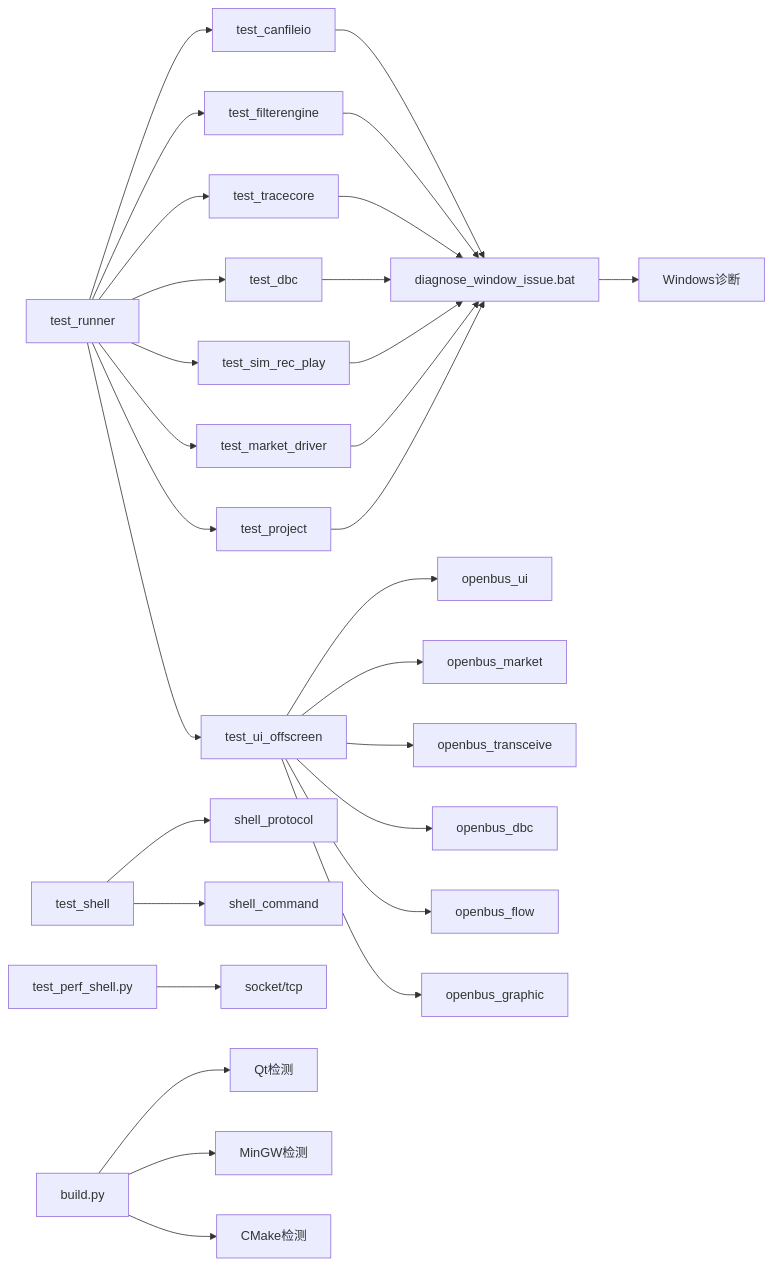
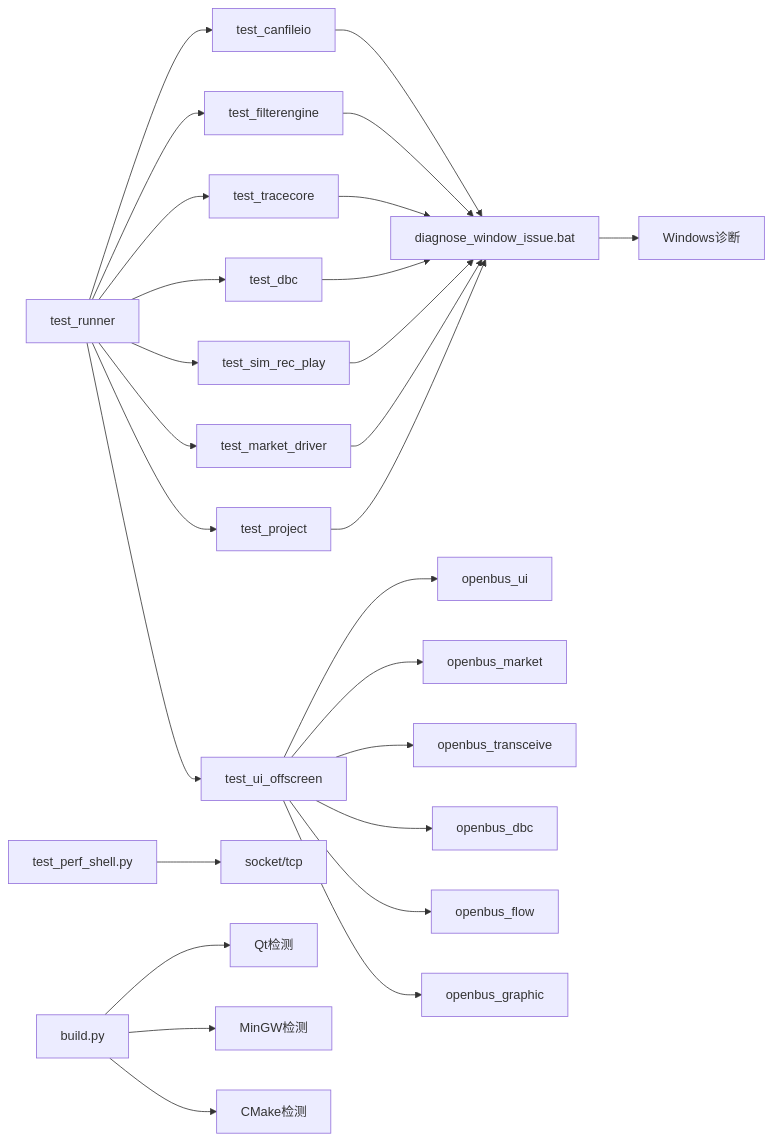
The tenth of 10 diagrams in .qoder/repowiki/zh/content/开发指南/自动化测试框架.md (jakecai1225-design/OpenBus), drawn with Mermaid before and after one commit. The commit also changed other lines of this file and 151 other files, not shown here.

````diff
--- a/.qoder/repowiki/zh/content/开发指南/自动化测试框架.md
+++ b/.qoder/repowiki/zh/content/开发指南/自动化测试框架.md
@@ -444,31 +356,29 @@
 ```mermaid
 graph LR
 T1["test_canfileio"] --> D["openbus_data"]
 T2["test_filterengine"] --> D
 T3["test_tracecore"] --> D
 T4["test_dbc"] --> D
 T5["test_sim_rec_play"] --> D
 T6["test_market_driver"] --> D
 T7["test_project"] --> D
 U["test_ui_offscreen"] --> UI["openbus_ui"]
 U --> M["openbus_market"]
 U --> TR["openbus_transceive"]
 U --> DB["openbus_dbc"]
 U --> FL["openbus_flow"]
 U --> GR["openbus_graphic"]
-S["test_shell"] --> SH["shell_protocol"]
-S --> SC["shell_command"]
 P["test_perf_shell.py"] --> NET["socket/tcp"]
 R["test_runner"] --> T1
 R --> T2
 R --> T3
 R --> T4
 R --> T5
 R --> T6
 R --> T7
 R --> U
 B["build.py"] --> QT["Qt检测"]
 B --> MG["MinGW检测"]
 B --> CM["CMake检测"]
 D["diagnose_window_issue.bat"] --> WIN["Windows诊断"]
 ```
````
